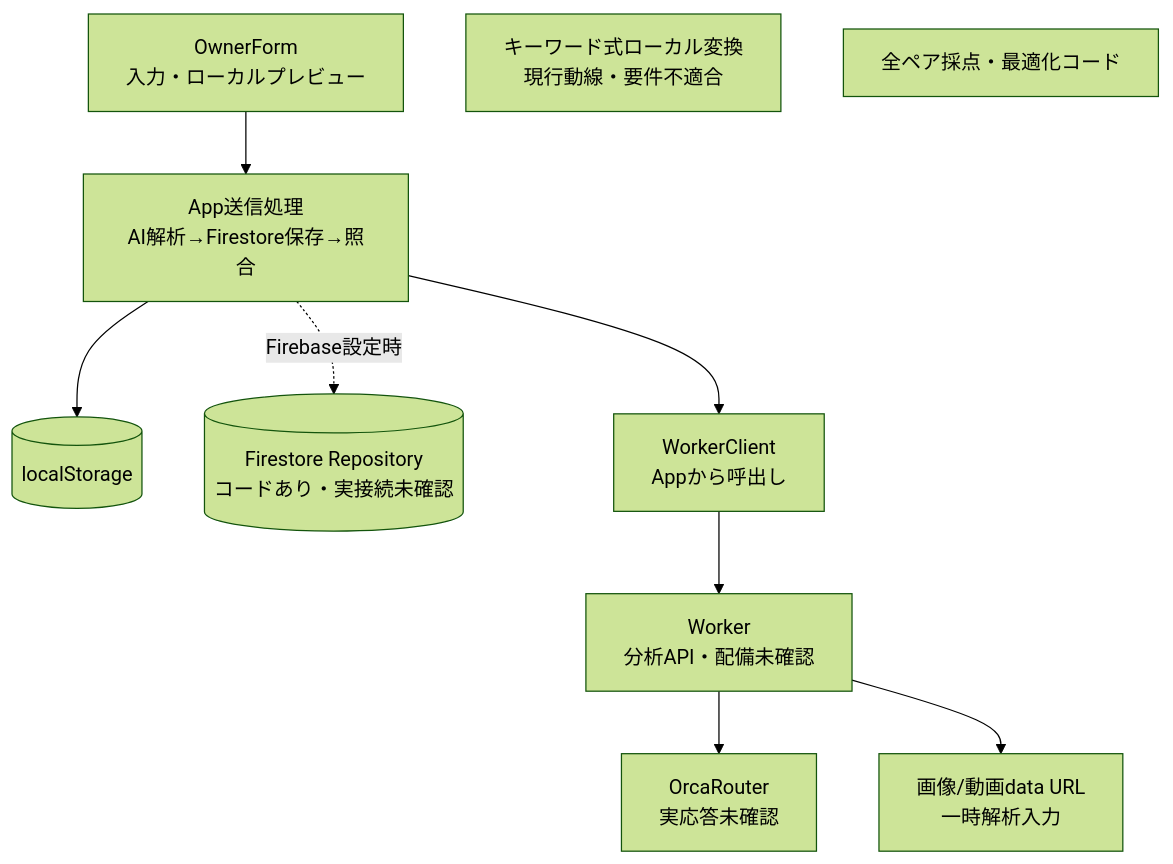
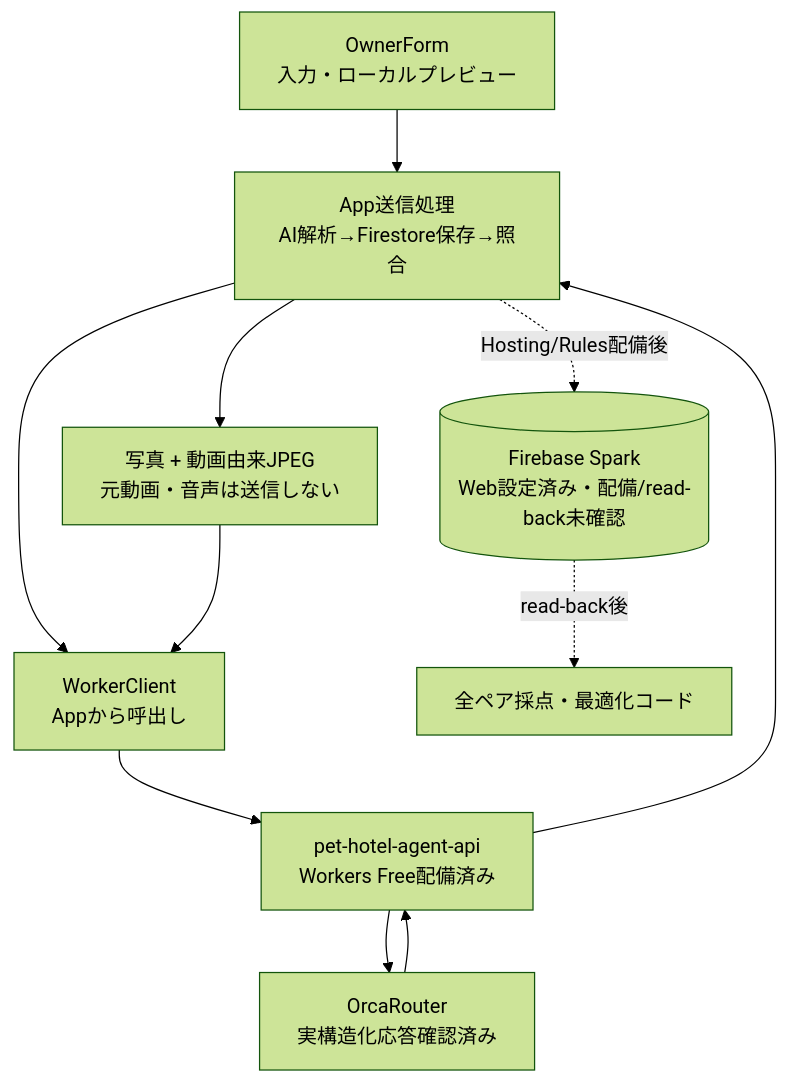
The second of 2 diagrams in docs/アーキテクチャ図.md (NoSea41oceanV/AI-HACK-2020609), drawn with Mermaid (forest theme) before and after one commit. The commit also changed other lines of this file and 8 other files, not shown here.

Commit message:
docs: sync deployment and media flow status

```diff
--- a/docs/アーキテクチャ図.md
+++ b/docs/アーキテクチャ図.md
@@ -39,21 +38,22 @@
 ~~~mermaid
 flowchart TB
     Form[OwnerForm<br/>入力・ローカルプレビュー]
     App[App送信処理<br/>AI解析→Firestore保存→照合]
-    Local[(localStorage)]
-    Firebase[(Firestore Repository<br/>コードあり・実接続未確認)]
-    Keyword[キーワード式ローカル変換<br/>現行動線・要件不適合]
+    Firebase[(Firebase Spark<br/>Web設定済み・配備/read-back未確認)]
     WorkerClient[WorkerClient<br/>Appから呼出し]
-    Worker[Worker<br/>分析API・配備未確認]
-    Temp[画像/動画data URL<br/>一時解析入力]
-    Orca[OrcaRouter<br/>実応答未確認]
+    Frame[写真 + 動画由来JPEG<br/>元動画・音声は送信しない]
+    Worker[pet-hotel-agent-api<br/>Workers Free配備済み]
+    Orca[OrcaRouter<br/>実構造化応答確認済み]
     Matcher[全ペア採点・最適化コード]
 
     Form --> App
-    App --> Local
-    App -. Firebase設定時 .-> Firebase
     App --> WorkerClient
+    App --> Frame
+    Frame --> WorkerClient
     WorkerClient --> Worker
     Worker --> Orca
-    Worker --> Temp
+    Orca --> Worker
+    Worker --> App
+    App -. Hosting/Rules配備後 .-> Firebase
+    Firebase -. read-back後 .-> Matcher
 ~~~
```
